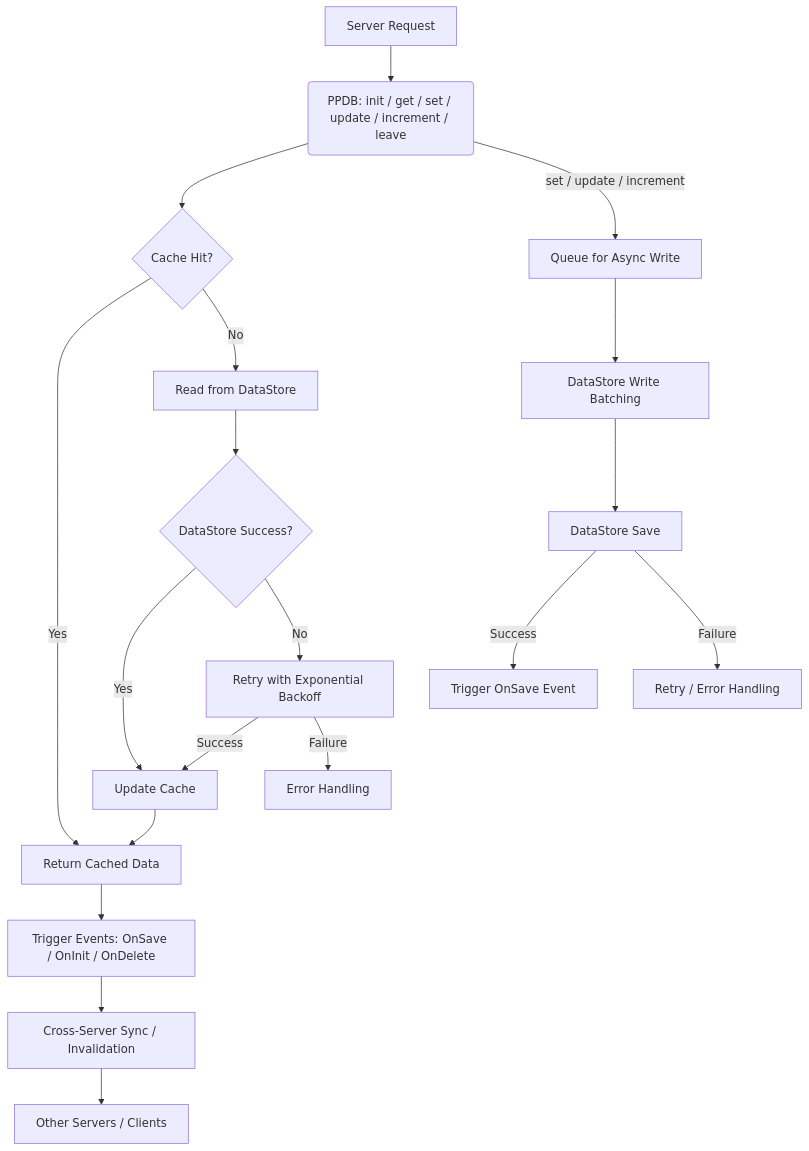
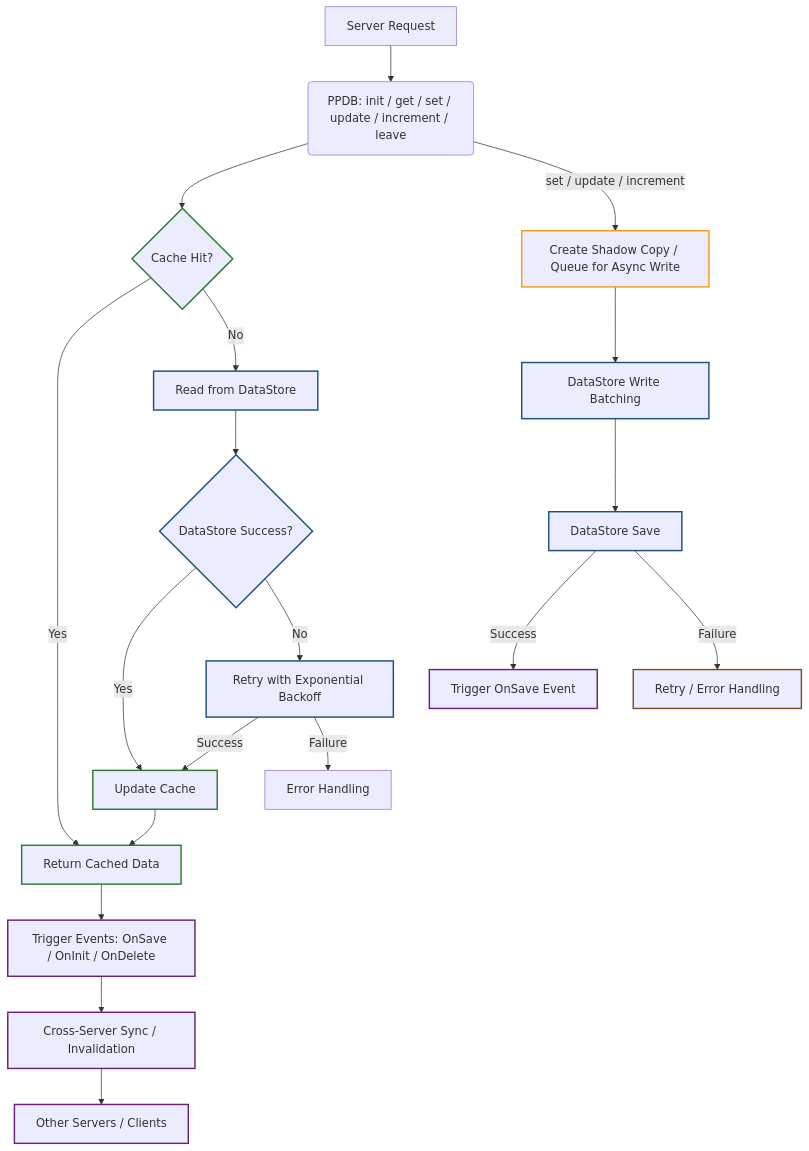
The diagram in docs/index.md (Paopun20/PaoPaoDataStore), drawn with Mermaid before and after one commit. The commit also changed other lines of this file and 5 other files, not shown here.

````diff
--- a/docs/index.md
+++ b/docs/index.md
@@ -17,37 +18,45 @@
-``` mermaid
+```mermaid
 graph TD
     %% Requests
     A[Server Request] --> B(PPDB: init / get / set / update / increment / leave)
     
     %% Cache Flow
     B --> C{Cache Hit?}
     C -- Yes --> D[Return Cached Data]
     C -- No --> E[Read from DataStore]
     
     %% DataStore Success Path
     E --> F{DataStore Success?}
     F -- Yes --> G[Update Cache]
     G --> D
     
     %% DataStore Failure Path
     F -- No --> H[Retry with Exponential Backoff]
     H -- Success --> G
     H -- Failure --> I[Error Handling]
     
     %% Event Propagation
     D --> J[Trigger Events: OnSave / OnInit / OnDelete]
     J --> K[Cross-Server Sync / Invalidation]
     K --> L[Other Servers / Clients]
     
-    %% Async Write Path
-    B -- set / update / increment --> M[Queue for Async Write]
+    %% Async Write Path with Shadow Copy
+    B -- set / update / increment --> M[Create Shadow Copy / Queue for Async Write]
     M --> N[DataStore Write Batching]
     N --> O[DataStore Save]
     O -- Success --> P[Trigger OnSave Event]
     O -- Failure --> Q[Retry / Error Handling]
     
+    %% Classes / Outline Colors Only
+    classDef cache stroke:#2f7a2f,stroke-width:2px;
+    classDef datastore stroke:#1f4f7a,stroke-width:2px;
+    classDef async stroke:#7a4f1f,stroke-width:2px;
+    classDef events stroke:#6a1f7a,stroke-width:2px;
+    classDef shadow stroke:#f39c12,stroke-width:2px; %% Orange outline for shadow copy
+    
     class C,D,G cache;
     class E,F,H,O,N datastore;
+    class M,Q async;
     class J,K,L,P events;
-    class M,Q async;
+    class M shadow;
 ```
````
